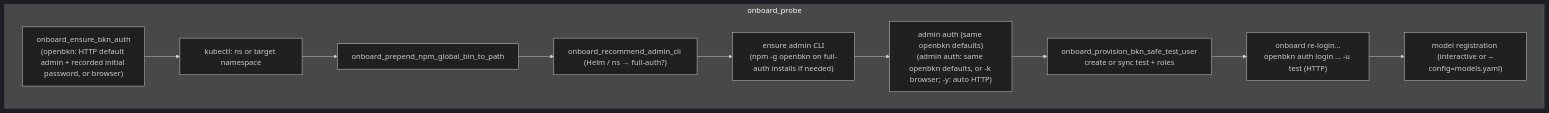
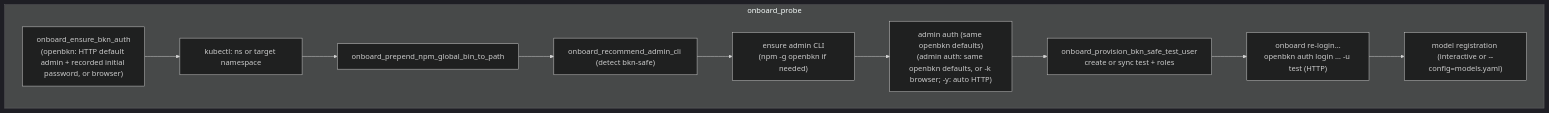
Before and after one commit to openbkn-ai/bkn-foundry: the second of 3 diagrams in help/en/install.md, drawn with Mermaid (dark theme). The commit also changed other lines of this file and 163 other files, not shown here.

````diff
--- a/help/en/install.md
+++ b/help/en/install.md
@@ -310,13 +293,13 @@
 ```mermaid
 flowchart TB
   subgraph probe["onboard_probe"]
     A["onboard_ensure_bkn_auth\n(openbkn: HTTP default admin + recorded initial password, or browser)"] --> B["kubectl: ns or target namespace"]
     B --> C["onboard_prepend_npm_global_bin_to_path"]
-    C --> D["onboard_recommend_admin_cli (Helm / ns → full-auth?)"]
-    D --> E["ensure admin CLI\n(npm -g openbkn on full-auth installs if needed)"]
+    C --> D["onboard_recommend_admin_cli (detect bkn-safe)"]
+    D --> E["ensure admin CLI\n(npm -g openbkn if needed)"]
     E --> F["admin auth (same openbkn defaults)\n(admin auth: same openbkn defaults, or -k browser; -y: auto HTTP)"]
     F --> G1["onboard_provision_bkn_safe_test_user\ncreate or sync test + roles"]
     G1 --> G2["onboard re-login…\nopenbkn auth login … -u test (HTTP)"]
     G2 --> H["model registration (interactive or --config=models.yaml)"]
   end
 ```
````
